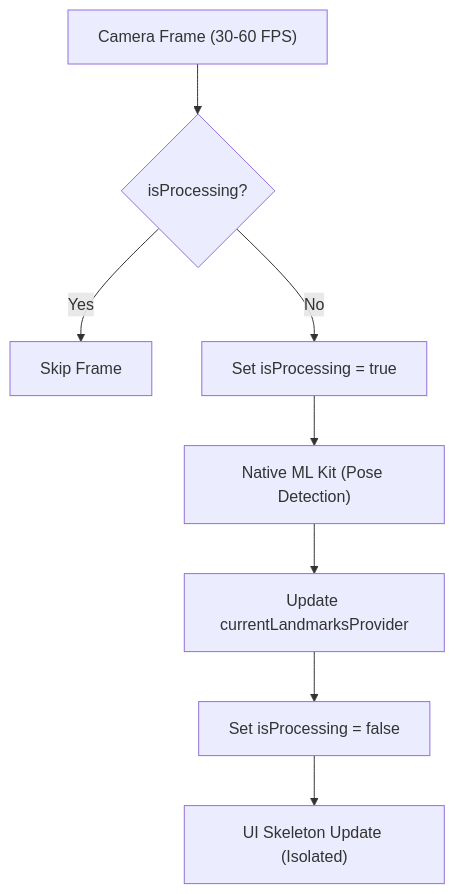
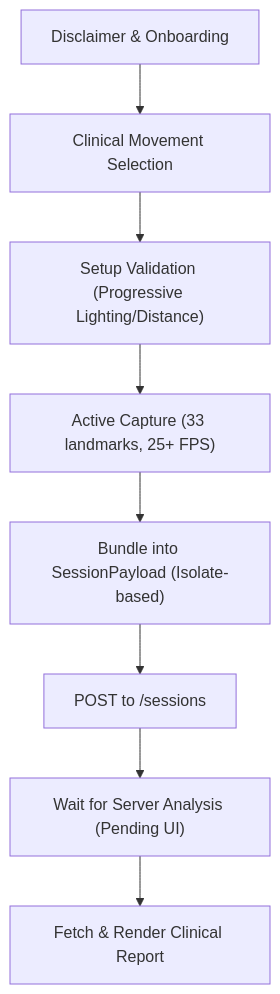
Before and after one commit to Bioliminal/bioliminal-mobile-application: the diagram in MODIFICATION_DESIGN.md, drawn with Mermaid. The commit also changed other lines of this file and 39 other files, not shown here.

Commit message:
feat: align data models and movement set with clinical hand-off schemas

````diff
--- a/MODIFICATION_DESIGN.md
+++ b/MODIFICATION_DESIGN.md
@@ -49,10 +37,10 @@
 ```mermaid
 graph TD
-    A["Camera Frame (30-60 FPS)"] --> B{"isProcessing?"}
-    B -- "Yes" --> C["Skip Frame"]
-    B -- "No" --> D["Set isProcessing = true"]
-    D --> E["Native ML Kit (Pose Detection)"]
-    E --> F["Update currentLandmarksProvider"]
-    F --> G["Set isProcessing = false"]
-    G --> H["UI Skeleton Update (Isolated)"]
+    A["Disclaimer & Onboarding"] --> B["Clinical Movement Selection"]
+    B --> C["Setup Validation (Progressive Lighting/Distance)"]
+    C --> D["Active Capture (33 landmarks, 25+ FPS)"]
+    D --> E["Bundle into SessionPayload (Isolate-based)"]
+    E --> F["POST to /sessions"]
+    F --> G["Wait for Server Analysis (Pending UI)"]
+    G --> H["Fetch & Render Clinical Report"]
 ```
````
